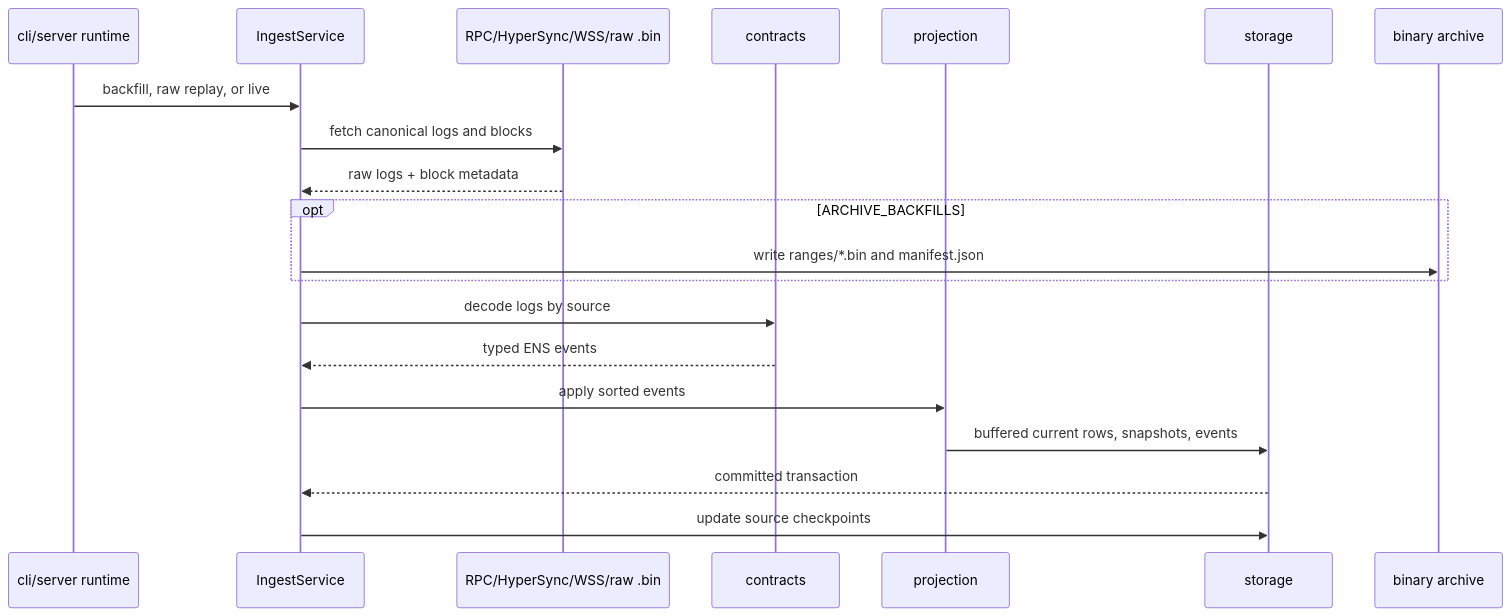
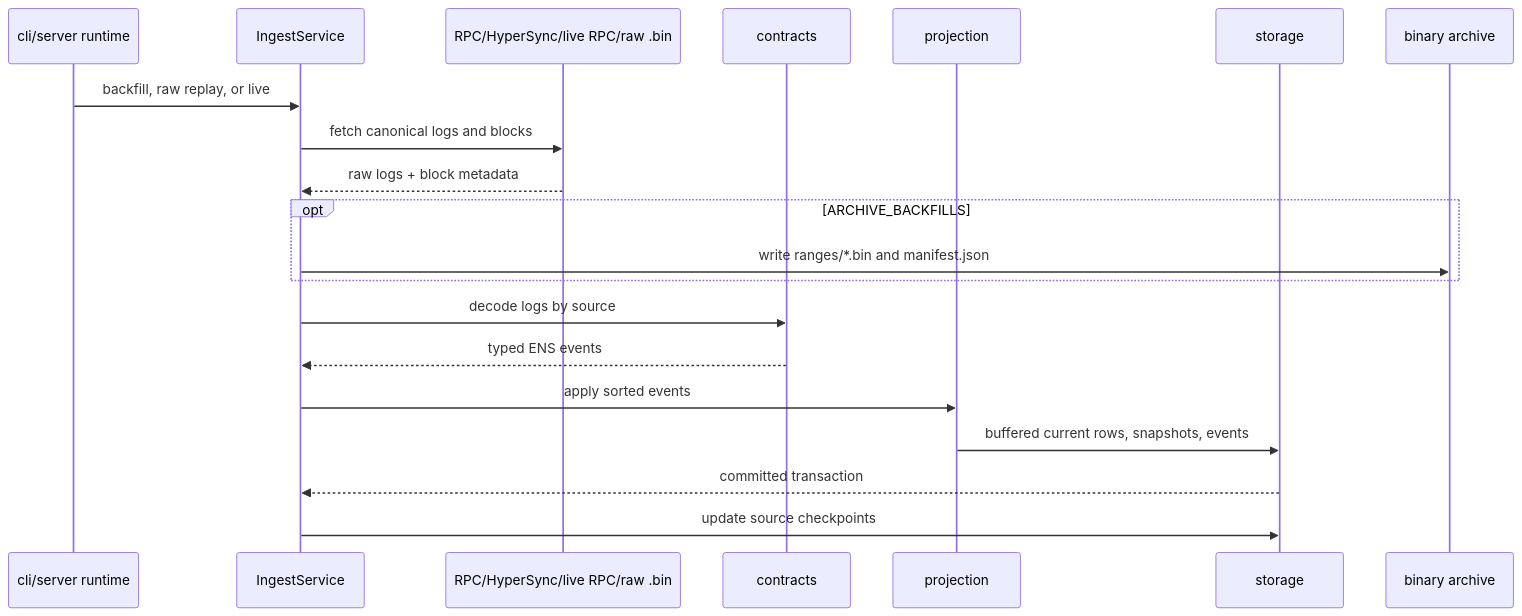
Before and after one commit to thenamespace/ensindexer-rs: the diagram in crates/ingest/README.md, drawn with Mermaid. The commit also changed other lines of this file and 29 other files, not shown here.

````diff
--- a/crates/ingest/README.md
+++ b/crates/ingest/README.md
@@ -7,23 +7,23 @@
 ```mermaid
 sequenceDiagram
     participant CLI as cli/server runtime
     participant Ingest as IngestService
-    participant Source as RPC/HyperSync/WSS/raw .bin
+    participant Source as RPC/HyperSync/live RPC/raw .bin
     participant Contracts as contracts
     participant Projection as projection
     participant Storage as storage
     participant Archive as binary archive
 
     CLI->>Ingest: backfill, raw replay, or live
     Ingest->>Source: fetch canonical logs and blocks
     Source-->>Ingest: raw logs + block metadata
     opt ARCHIVE_BACKFILLS
         Ingest->>Archive: write ranges/*.bin and manifest.json
     end
     Ingest->>Contracts: decode logs by source
     Contracts-->>Ingest: typed ENS events
     Ingest->>Projection: apply sorted events
     Projection->>Storage: buffered current rows, snapshots, events
     Storage-->>Ingest: committed transaction
     Ingest->>Storage: update source checkpoints
 ```
````
